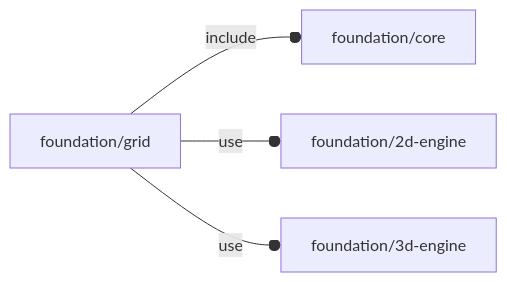
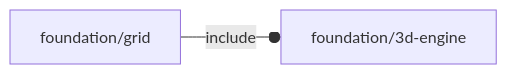
Before and after one commit to ggabbiani/OFL: the diagram in orthodocs/foundation/grid.md, drawn with Mermaid. The commit also changed 26 other files, not shown here.

````diff
--- a/orthodocs/foundation/grid.md
+++ b/orthodocs/foundation/grid.md
@@ -5,6 +5,4 @@
 ```mermaid
 graph LR
-    A1[foundation/grid] --o|include| A2[foundation/core]
-    A1 --o|use| A3[foundation/2d-engine]
-    A1 --o|use| A4[foundation/3d-engine]
+    A1[foundation/grid] --o|include| A2[foundation/3d-engine]
 ```
````
